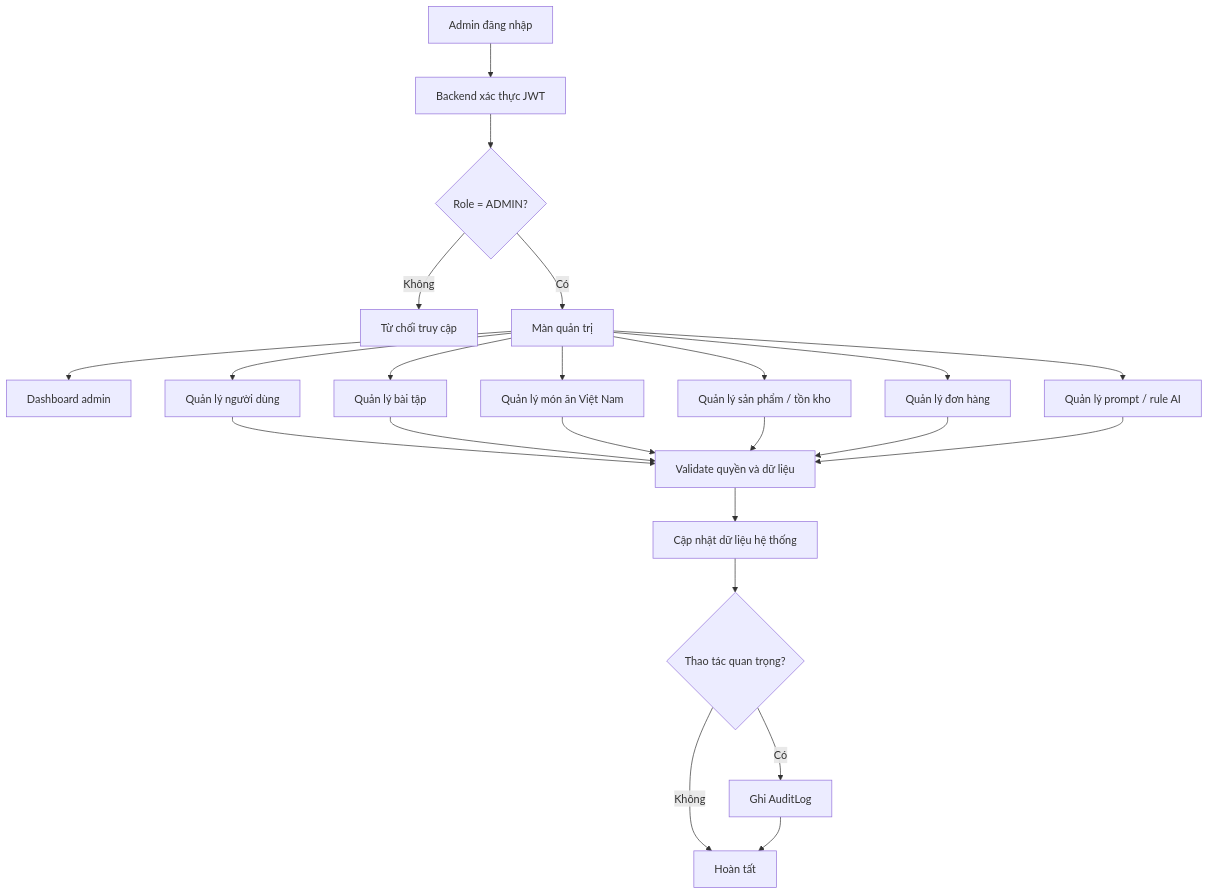
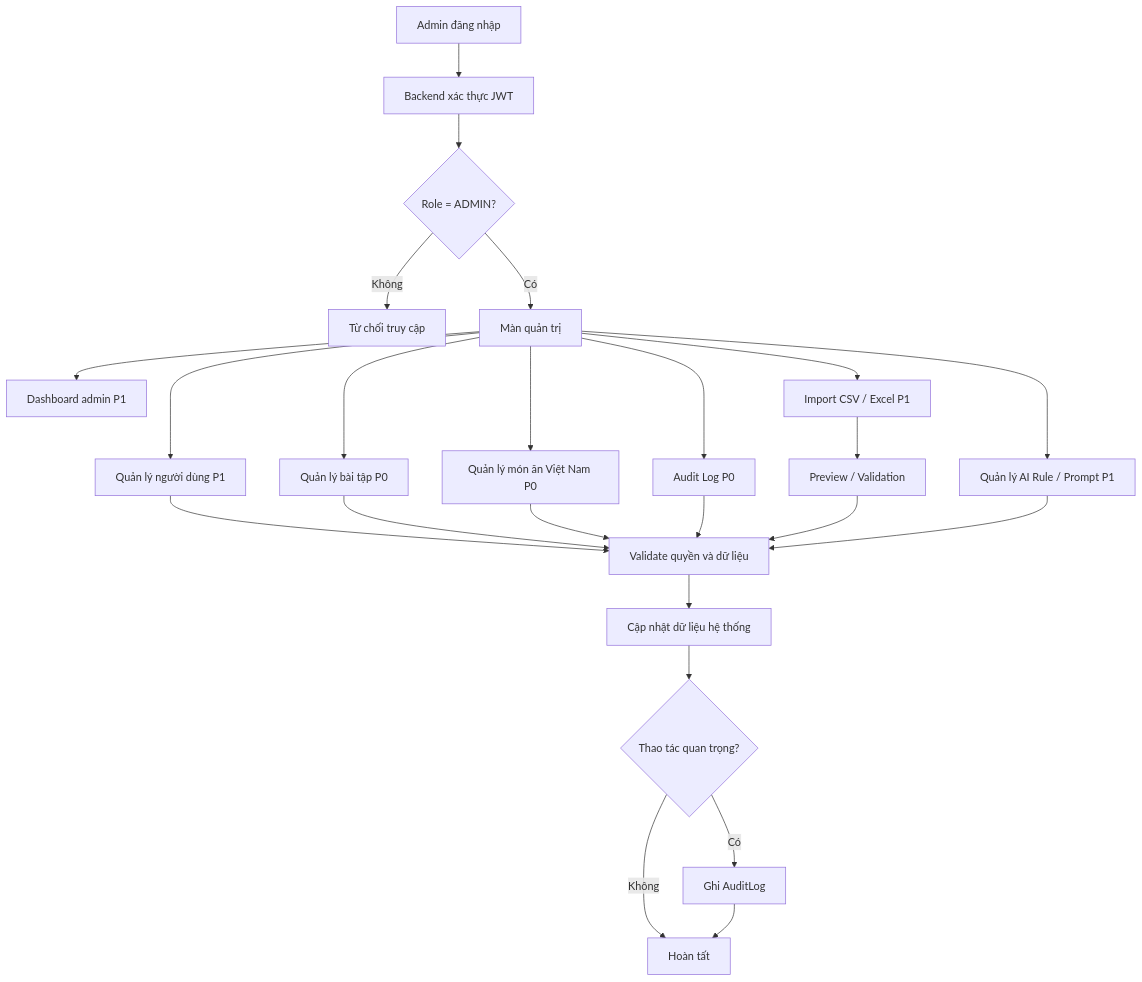
Diagram 16 of 21 in docs/spec/bussiness_mainflow.md (tgiahuy/VieGym), drawn with Mermaid before and after one commit. The commit also changed other lines of this file and 16 other files, not shown here.

````diff
--- a/docs/spec/bussiness_mainflow.md
+++ b/docs/spec/bussiness_mainflow.md
@@ -855,28 +1270,29 @@
 ```mermaid
 flowchart TD
     Login[Admin đăng nhập] --> Auth[Backend xác thực JWT]
     Auth --> Role{Role = ADMIN?}
     Role -- Không --> Deny[Từ chối truy cập]
     Role -- Có --> Panel[Màn quản trị]
 
-    Panel --> Dashboard[Dashboard admin]
-    Panel --> Users[Quản lý người dùng]
-    Panel --> Exercises[Quản lý bài tập]
-    Panel --> Foods[Quản lý món ăn Việt Nam]
-    Panel --> Products[Quản lý sản phẩm / tồn kho]
-    Panel --> Orders[Quản lý đơn hàng]
-    Panel --> AIRules[Quản lý prompt / rule AI]
+    Panel --> Users[Quản lý người dùng P1]
+    Panel --> Exercises[Quản lý bài tập P0]
+    Panel --> Foods[Quản lý món ăn Việt Nam P0]
+    Panel --> AuditBase[Audit Log P0]
+    Panel --> Dashboard[Dashboard admin P1]
+    Panel --> Import[Import CSV / Excel P1]
+    Panel --> AIRules[Quản lý AI Rule / Prompt P1]
 
     Users --> Validate[Validate quyền và dữ liệu]
     Exercises --> Validate
     Foods --> Validate
-    Products --> Validate
-    Orders --> Validate
+    AuditBase --> Validate
+    Import --> Preview[Preview / Validation]
+    Preview --> Validate
     AIRules --> Validate
 
     Validate --> Update[Cập nhật dữ liệu hệ thống]
     Update --> Audit{Thao tác quan trọng?}
     Audit -- Có --> AuditLog[Ghi AuditLog]
     Audit -- Không --> Done[Hoàn tất]
     AuditLog --> Done
 ```
````
